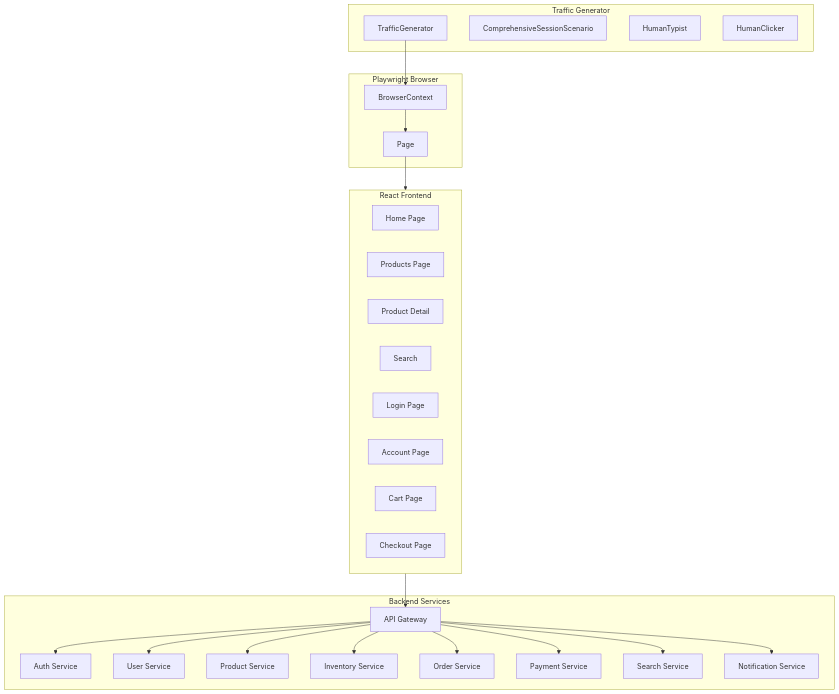
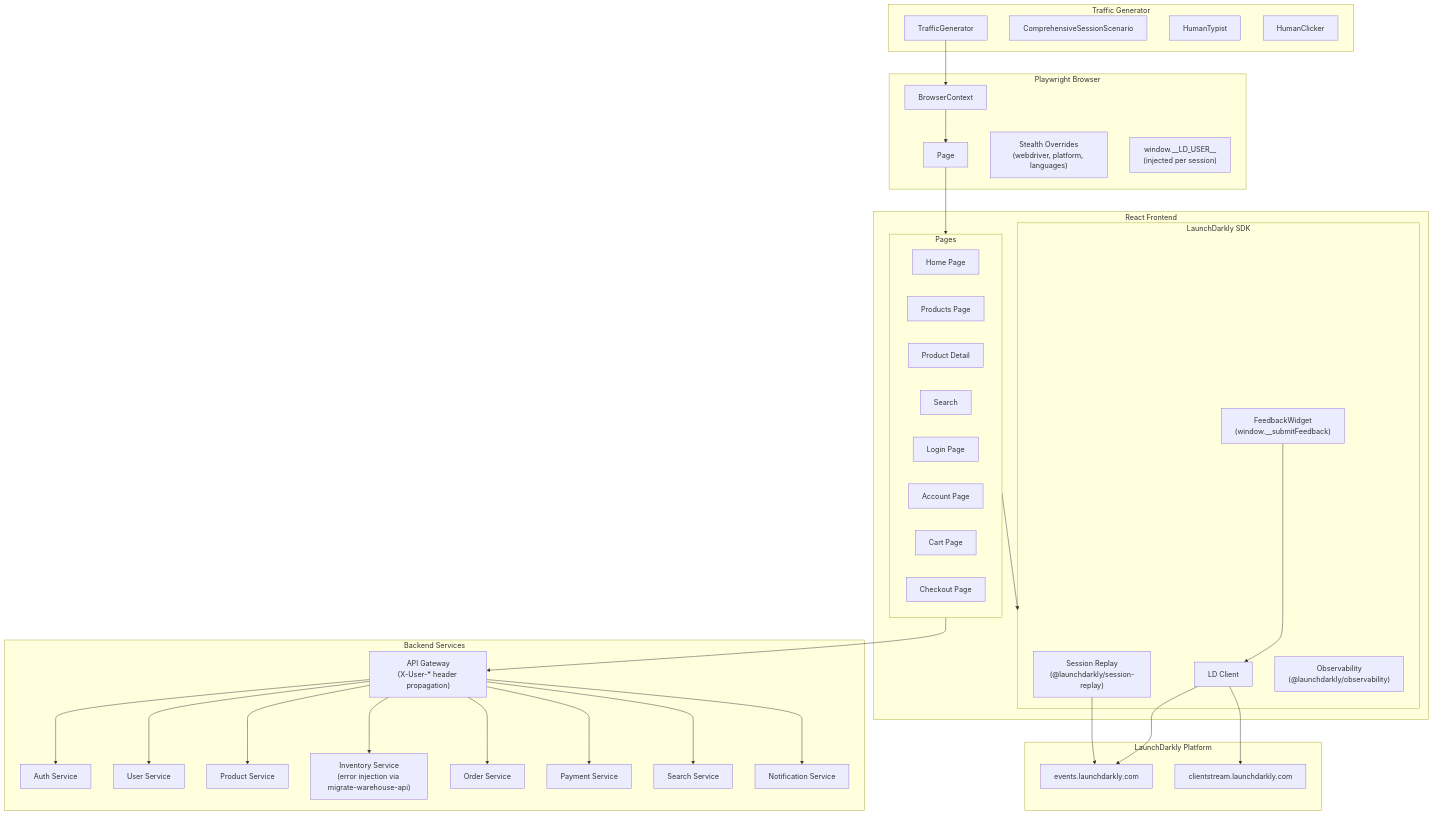
One commit to ttotenberg-ld/launchdarkly-fullstack-o11y-populator changed the first of 9 diagrams in agents/simulator-diagram.md. Above: the diagram before and after it, drawn with Mermaid. The commit also changed other lines of this file, not shown here.

Commit message:
updated simulator diagram

````diff
--- a/agents/simulator-diagram.md
+++ b/agents/simulator-diagram.md
@@ -7,50 +7,70 @@
 ```mermaid
 flowchart TB
     subgraph Simulator["Traffic Generator"]
         TG[TrafficGenerator]
         CSS[ComprehensiveSessionScenario]
         HT[HumanTypist]
         HC[HumanClicker]
     end
 
     subgraph Browser["Playwright Browser"]
         BC[BrowserContext]
         P[Page]
+        Stealth["Stealth Overrides<br/>(webdriver, platform, languages)"]
+        LDUser["window.__LD_USER__<br/>(injected per session)"]
     end
 
     subgraph Frontend["React Frontend"]
-        Home[Home Page]
-        Products[Products Page]
-        ProductDetail[Product Detail]
-        Search[Search]
-        Login[Login Page]
-        Account[Account Page]
-        Cart[Cart Page]
-        Checkout[Checkout Page]
+        subgraph Pages["Pages"]
+            Home[Home Page]
+            Products[Products Page]
+            ProductDetail[Product Detail]
+            Search[Search]
+            Login[Login Page]
+            Account[Account Page]
+            Cart[Cart Page]
+            Checkout[Checkout Page]
+        end
+        subgraph LDSDK["LaunchDarkly SDK"]
+            LDClient[LD Client]
+            SessionReplay["Session Replay<br/>(@launchdarkly/session-replay)"]
+            Observability["Observability<br/>(@launchdarkly/observability)"]
+            FeedbackWidget["FeedbackWidget<br/>(window.__submitFeedback)"]
+        end
     end
 
     subgraph Backend["Backend Services"]
-        API[API Gateway]
+        API["API Gateway<br/>(X-User-* header propagation)"]
         Auth[Auth Service]
         User[User Service]
         Prod[Product Service]
-        Inv[Inventory Service]
+        Inv["Inventory Service<br/>(error injection via migrate-warehouse-api)"]
         Order[Order Service]
         Pay[Payment Service]
         SearchSvc[Search Service]
         Notif[Notification Service]
     end
 
+    subgraph LD["LaunchDarkly Platform"]
+        LDEvents[events.launchdarkly.com]
+        LDStream[clientstream.launchdarkly.com]
+    end
+
     TG --> BC
     BC --> P
-    P --> Frontend
-    Frontend --> API
+    P --> Pages
+    Pages --> LDSDK
+    Pages --> API
     API --> Auth
     API --> User
     API --> Prod
     API --> Inv
     API --> Order
     API --> Pay
     API --> SearchSvc
     API --> Notif
+    LDClient --> LDEvents
+    LDClient --> LDStream
+    SessionReplay --> LDEvents
+    FeedbackWidget --> LDClient
 ```
````
